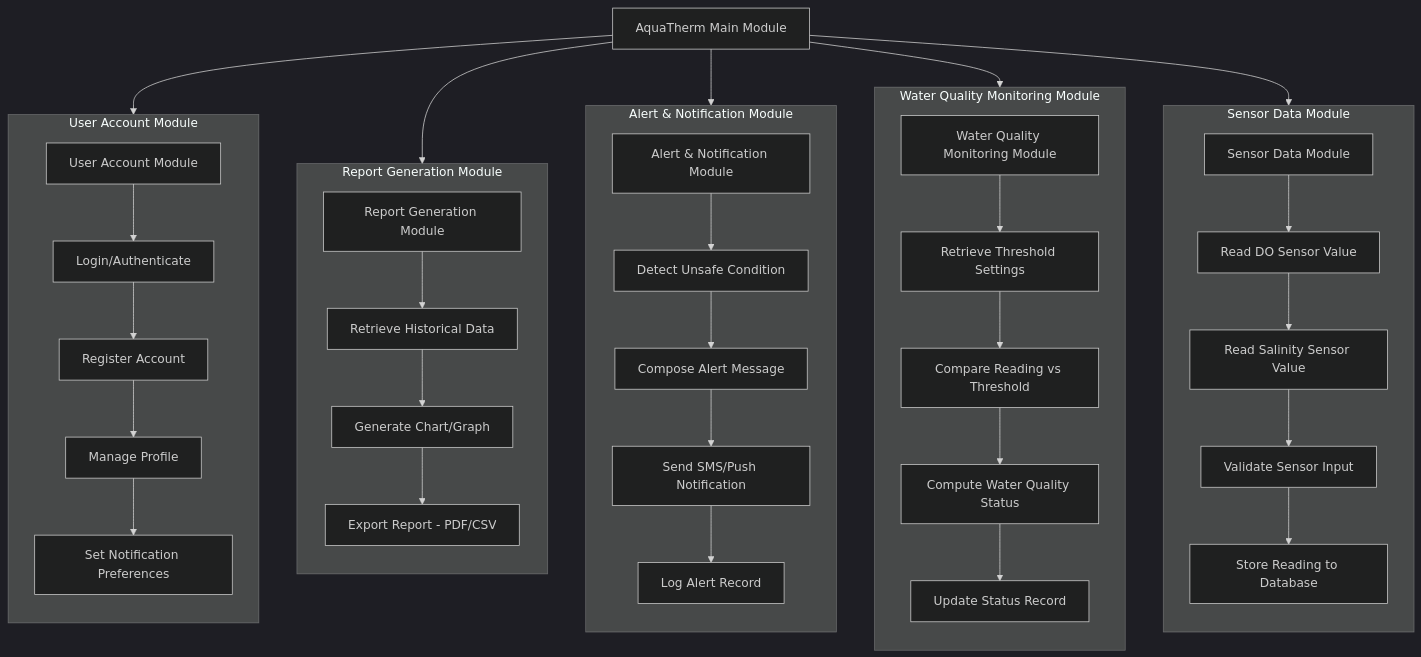
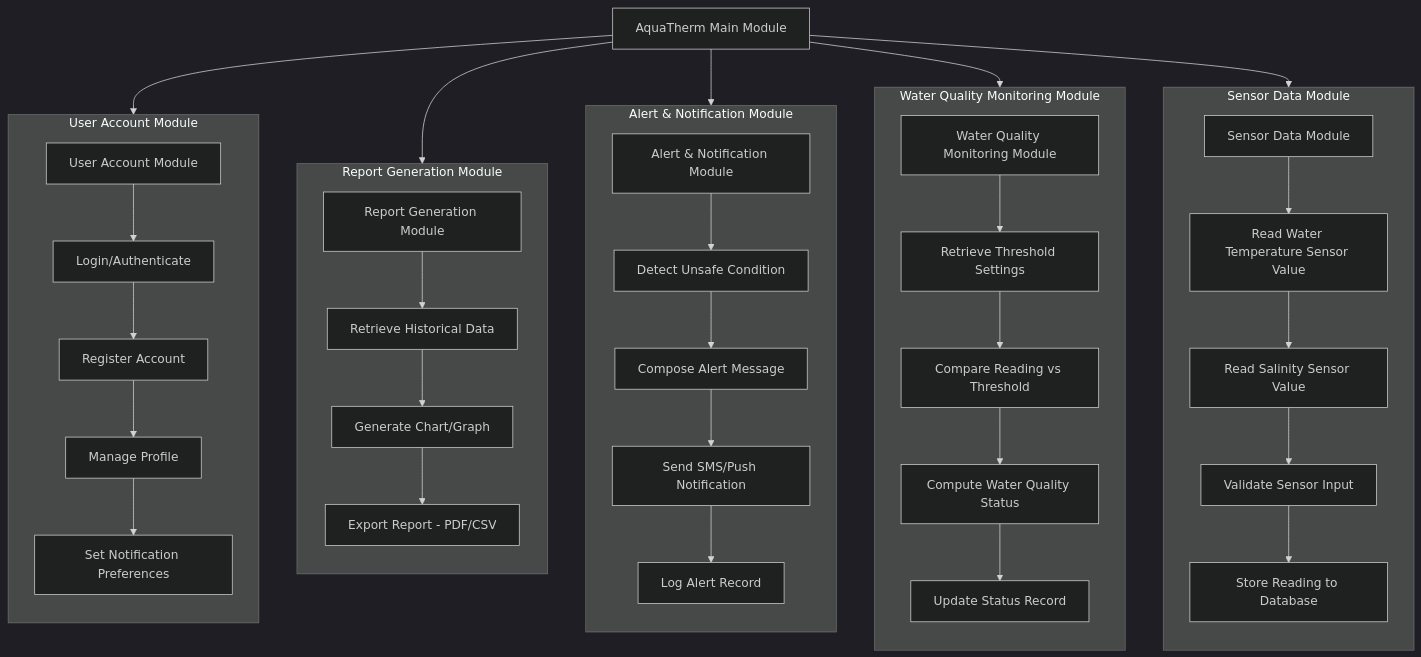
One commit to belarminoivan48-crypto/AquaTherm changed the diagram in Graphs_and_Charts/02_Structured_Chart.md. Above: the diagram before and after it, drawn with Mermaid (dark theme). The commit also changed other lines of this file and 6 other files, not shown here.

````diff
--- a/Graphs_and_Charts/02_Structured_Chart.md
+++ b/Graphs_and_Charts/02_Structured_Chart.md
@@ -3,59 +5,59 @@
 ```mermaid
 flowchart TD
     Main[AquaTherm Main Module]
 
     Main --> A
     Main --> B
     Main --> C
     Main --> D
     Main --> E
 
     subgraph SG_A [Sensor Data Module]
         direction TB
         A[Sensor Data Module]
-        A1[Read DO Sensor Value]
+        A1[Read Water Temperature Sensor Value]
         A2[Read Salinity Sensor Value]
         A3[Validate Sensor Input]
         A4[Store Reading to Database]
         A --> A1 --> A2 --> A3 --> A4
     end
 
     subgraph SG_B [Water Quality Monitoring Module]
         direction TB
         B[Water Quality Monitoring Module]
         B1[Retrieve Threshold Settings]
         B2[Compare Reading vs Threshold]
         B3[Compute Water Quality Status]
         B4[Update Status Record]
         B --> B1 --> B2 --> B3 --> B4
     end
 
     subgraph SG_C [Alert & Notification Module]
         direction TB
         C[Alert & Notification Module]
         C1[Detect Unsafe Condition]
         C2[Compose Alert Message]
         C3[Send SMS/Push Notification]
         C4[Log Alert Record]
         C --> C1 --> C2 --> C3 --> C4
     end
 
     subgraph SG_D [Report Generation Module]
         direction TB
         D[Report Generation Module]
         D1[Retrieve Historical Data]
         D2[Generate Chart/Graph]
         D3[Export Report - PDF/CSV]
         D --> D1 --> D2 --> D3
     end
 
     subgraph SG_E [User Account Module]
         direction TB
         E[User Account Module]
         E1[Login/Authenticate]
         E2[Register Account]
         E3[Manage Profile]
         E4[Set Notification Preferences]
         E --> E1 --> E2 --> E3 --> E4
     end
 ```
````
